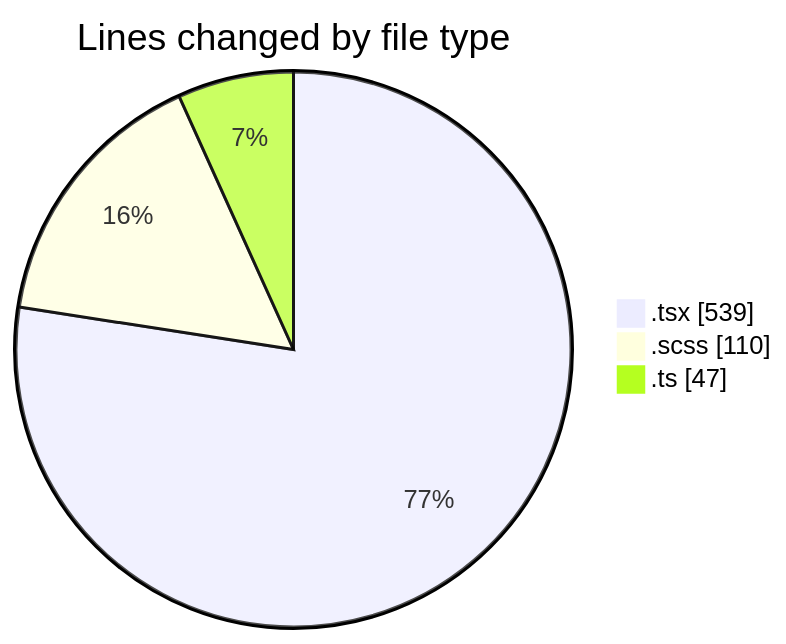
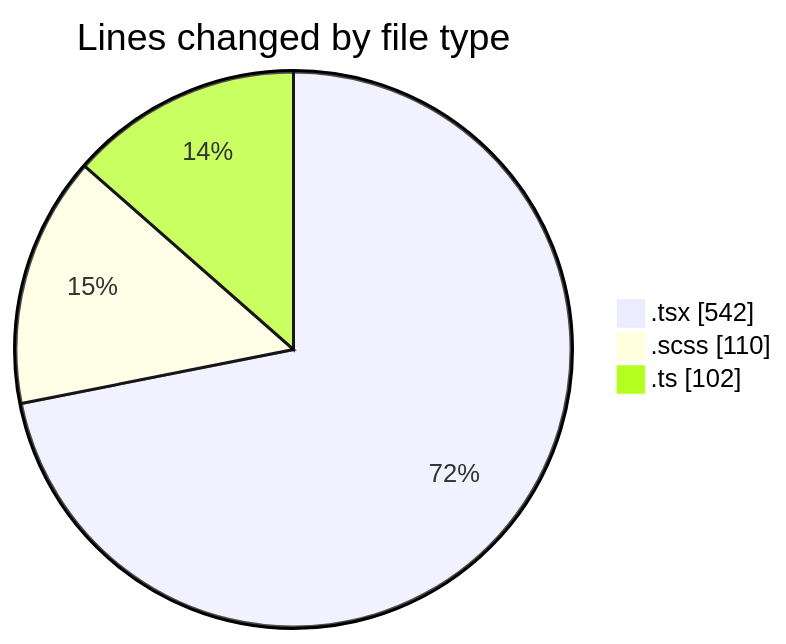
One commit to momahboobian/code-tracking changed the first of 2 diagrams in 2026-11-06/cda/README.md. Above: the diagram before and after it, drawn with Mermaid. The commit also changed other lines of this file and 1 other file, not shown here.

````diff
--- a/2026-11-06/cda/README.md
+++ b/2026-11-06/cda/README.md
@@ -27,7 +28,7 @@
 ```mermaid
 pie showData
 title Lines changed by file type
-".tsx" : 539
+".tsx" : 542
 ".scss" : 110
-".ts" : 47
+".ts" : 102
 ```
````
